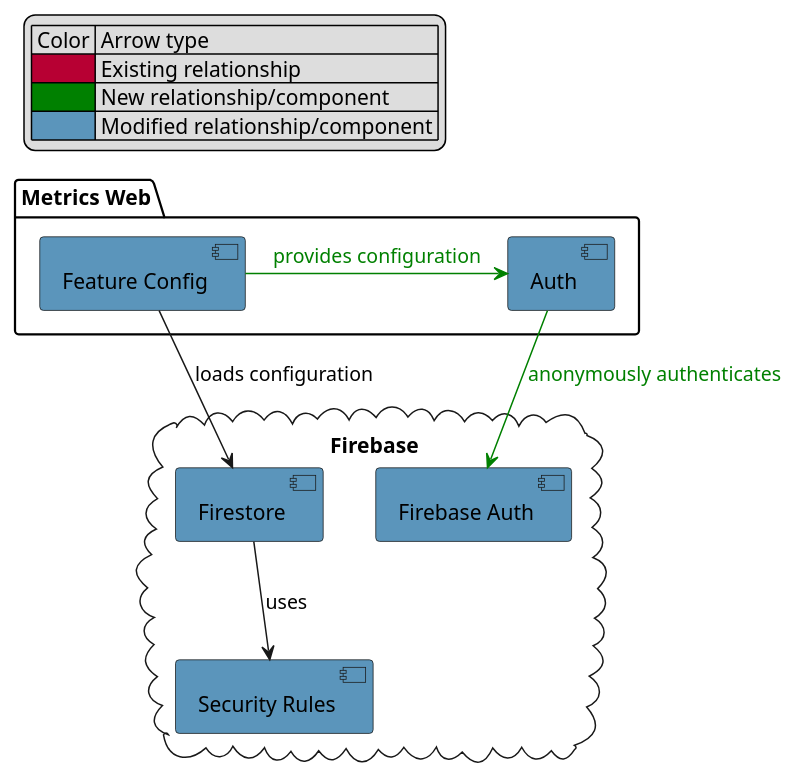
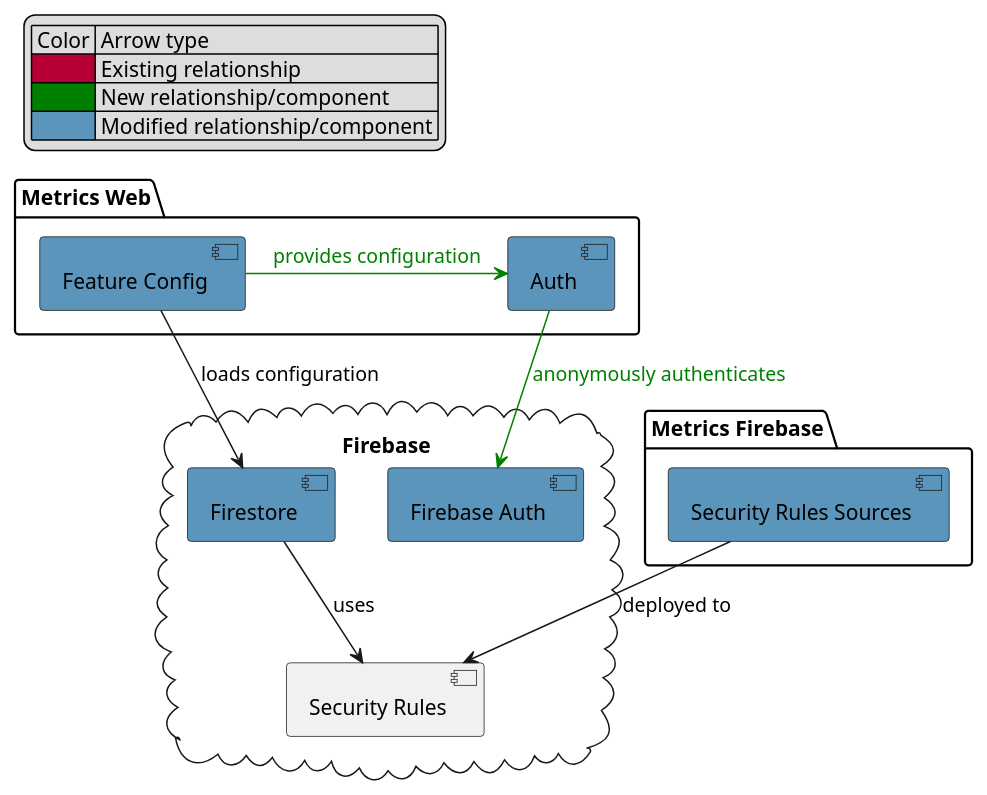
One commit to Flank/flank-dashboard changed the diagram in metrics/web/docs/features/public_dashboard/diagrams/public_dashboard_components.puml. Above: the diagram before and after it, drawn with PlantUML. The commit also changed 1 other file, not shown here.

Commit message:
Diagram and wording improvements

```diff
--- a/metrics/web/docs/features/public_dashboard/diagrams/public_dashboard_components.puml
+++ b/metrics/web/docs/features/public_dashboard/diagrams/public_dashboard_components.puml
@@ -1,29 +1,35 @@
 @startuml public_dashboard_components
 
 legend top left
     | Color | Arrow type |
     |<#B70033>| Existing relationship |
     |<#Green>| New relationship/component |
     |<#5B95BB>| Modified relationship/component |
 endlegend
 
 
 package "Metrics Web" {
     component "Auth" as auth #5B95BB
     component "Feature Config" as feature_config #5B95BB
 }
 
+package "Metrics Firebase" {
+    component "Security Rules Sources" as rules_sources #5B95BB
+}
+
 cloud "Firebase" {
     component "Firestore" as firestore #5B95BB
-    component "Security Rules" as rules #5B95BB
+    component "Security Rules" as rules
     component "Firebase Auth" as firebase_auth #5B95BB
 }
 
 feature_config --> firestore : loads configuration
 feature_config -[#Green]right-> auth : <color:green>provides configuration
 
 auth -[#Green]-> firebase_auth : <color:green>anonymously authenticates
 
 firestore --> rules : uses
 
+rules_sources --> rules : deployed to
+
 @enduml
```
